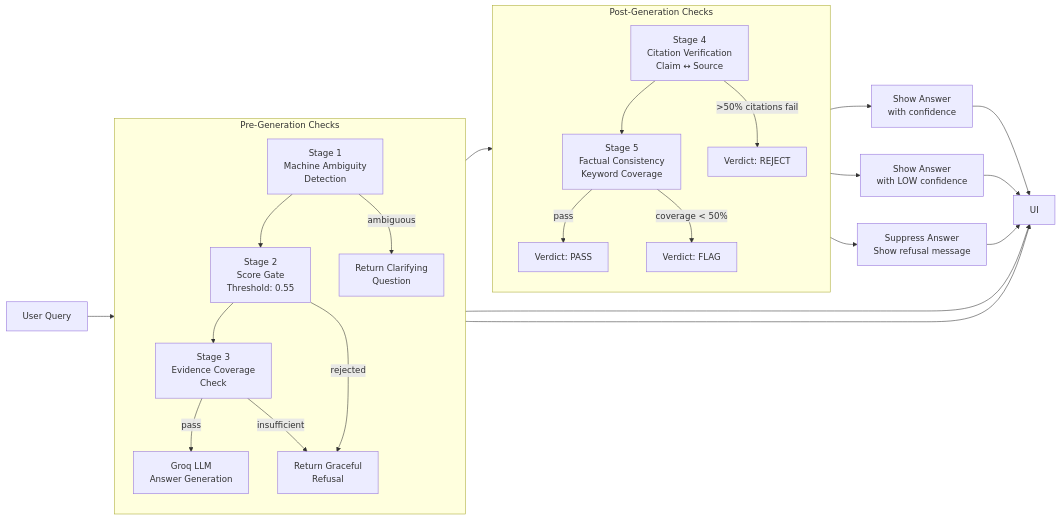
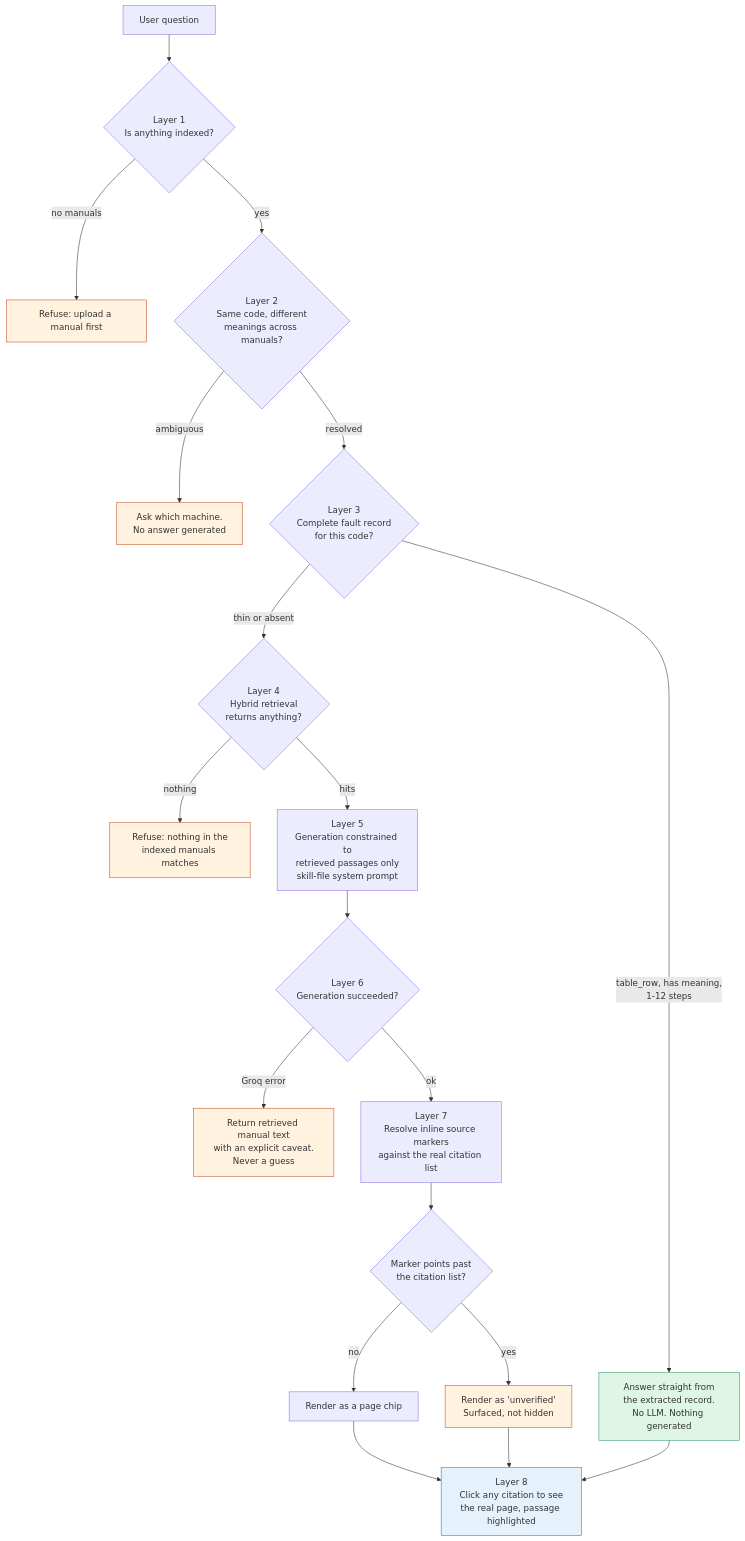
One commit to Karanuu12/FaultFinder changed the diagram in docs/hallucination-control-framework.md. Above: the diagram before and after it, drawn with Mermaid. The commit also changed other lines of this file and 1 other file, not shown here.

First line of the commit message:
docs: rewrite architecture and hallucination docs to match the code

````diff
--- a/docs/hallucination-control-framework.md
+++ b/docs/hallucination-control-framework.md
@@ -13,33 +23,44 @@
 ```mermaid
-flowchart LR
-    Q[User Query] --> PRE[Pre-Generation]
+flowchart TB
+    Q[User question] --> L1
 
-    subgraph PRE[Pre-Generation Checks]
-        direction TB
-        A[Stage 1<br/>Machine Ambiguity<br/>Detection] --> B[Stage 2<br/>Score Gate<br/>Threshold: 0.55]
-        B --> C[Stage 3<br/>Evidence Coverage<br/>Check]
-        C --> |pass| LLM[Groq LLM<br/>Answer Generation]
-        A --> |ambiguous| CLARIFY[Return Clarifying<br/>Question]
-        B --> |rejected| REFUSE[Return Graceful<br/>Refusal]
-        C --> |insufficient| REFUSE
-    end
+    L1{Layer 1<br/>Is anything indexed?}
+    L1 -->|no manuals| R1[Refuse: upload a manual first]
+    L1 -->|yes| L2
 
-    LLM --> POST[Post-Generation]
+    L2{Layer 2<br/>Same code, different<br/>meanings across manuals?}
+    L2 -->|ambiguous| R2[Ask which machine.<br/>No answer generated]
+    L2 -->|resolved| L3
 
-    subgraph POST[Post-Generation Checks]
-        direction TB
-        D[Stage 4<br/>Citation Verification<br/>Claim ↔ Source] --> E[Stage 5<br/>Factual Consistency<br/>Keyword Coverage]
-        E --> |pass| VERDICT[Verdict: PASS]
-        E --> |coverage < 50%| VERDICT2[Verdict: FLAG]
-        D --> |>50% citations fail| VERDICT3[Verdict: REJECT]
-    end
+    L3{Layer 3<br/>Complete fault record<br/>for this code?}
+    L3 -->|table_row, has meaning,<br/>1-12 steps| D[Answer straight from<br/>the extracted record.<br/>No LLM. Nothing generated]
+    L3 -->|thin or absent| L4
 
-    VERDICT --> SHOW[Show Answer<br/>with confidence]
-    VERDICT2 --> SHOW2[Show Answer<br/>with LOW confidence]
-    VERDICT3 --> SUPPRESS[Suppress Answer<br/>Show refusal message]
-    CLARIFY --> UI
-    REFUSE --> UI
-    SHOW --> UI
-    SHOW2 --> UI
-    SUPPRESS --> UI
+    L4{Layer 4<br/>Hybrid retrieval<br/>returns anything?}
+    L4 -->|nothing| R3[Refuse: nothing in the<br/>indexed manuals matches]
+    L4 -->|hits| L5
+
+    L5[Layer 5<br/>Generation constrained to<br/>retrieved passages only<br/>skill-file system prompt]
+    L5 --> L6
+
+    L6{Layer 6<br/>Generation succeeded?}
+    L6 -->|Groq error| R4[Return retrieved manual text<br/>with an explicit caveat.<br/>Never a guess]
+    L6 -->|ok| L7
+
+    L7[Layer 7<br/>Resolve inline source markers<br/>against the real citation list]
+    L7 --> U1{Marker points past<br/>the citation list?}
+    U1 -->|yes| UV[Render as 'unverified'<br/>Surfaced, not hidden]
+    U1 -->|no| PG[Render as a page chip]
+
+    PG --> V[Layer 8<br/>Click any citation to see<br/>the real page, passage highlighted]
+    UV --> V
+    D --> V
+
+    style D fill:#dff5e6,stroke:#359462
+    style R1 fill:#fff2df,stroke:#c64e27
+    style R2 fill:#fff2df,stroke:#c64e27
+    style R3 fill:#fff2df,stroke:#c64e27
+    style R4 fill:#fff2df,stroke:#c64e27
+    style UV fill:#fff2df,stroke:#c64e27
+    style V fill:#e6f2fb,stroke:#0586d2
 ```
````
